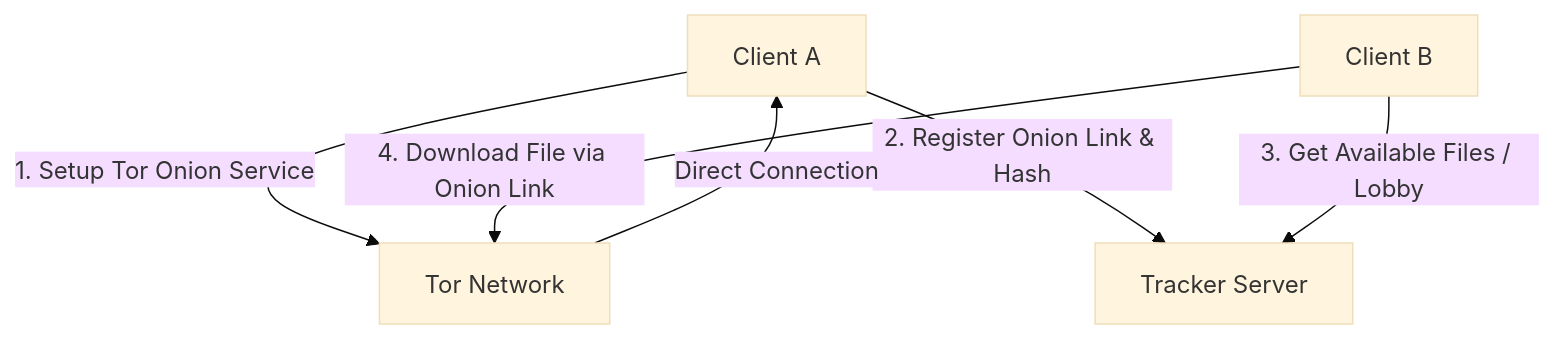
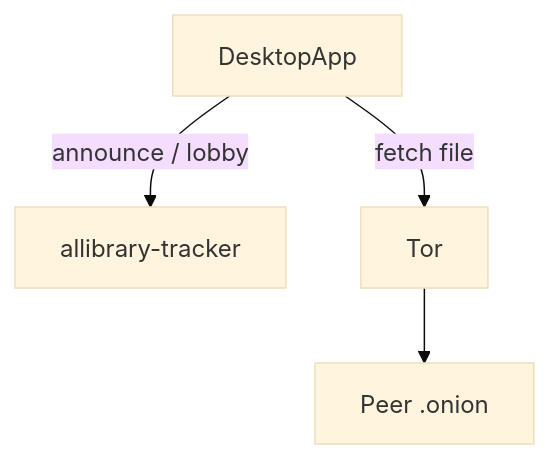
The diagram in docs/P2P_INTEGRATION.md (AlLibrary-Libertarian-knowledge/DesktopApp_AlLibrary), drawn with Mermaid (base theme) before and after one commit. The commit also changed other lines of this file and 17 other files, not shown here.

First line of the commit message:
docs: align P2P architecture docs with current stack and add integration plan

````diff
--- a/docs/P2P_INTEGRATION.md
+++ b/docs/P2P_INTEGRATION.md
@@ -16,8 +13,6 @@
 ```mermaid
 graph TD
-    ClientA[Client A] -->|1. Setup Tor Onion Service| Tor[Tor Network]
-    ClientA -->|2. Register Onion Link & Hash| Tracker[Tracker Server]
-    ClientB[Client B] -->|3. Get Available Files / Lobby| Tracker
-    ClientB -->|4. Download File via Onion Link| Tor
-    Tor -->|Direct Connection| ClientA
+  App[DesktopApp] -->|announce / lobby| Tracker[allibrary-tracker]
+  App -->|fetch file| Tor[Tor]
+  Tor --> Peer[Peer .onion]
 ```
````
